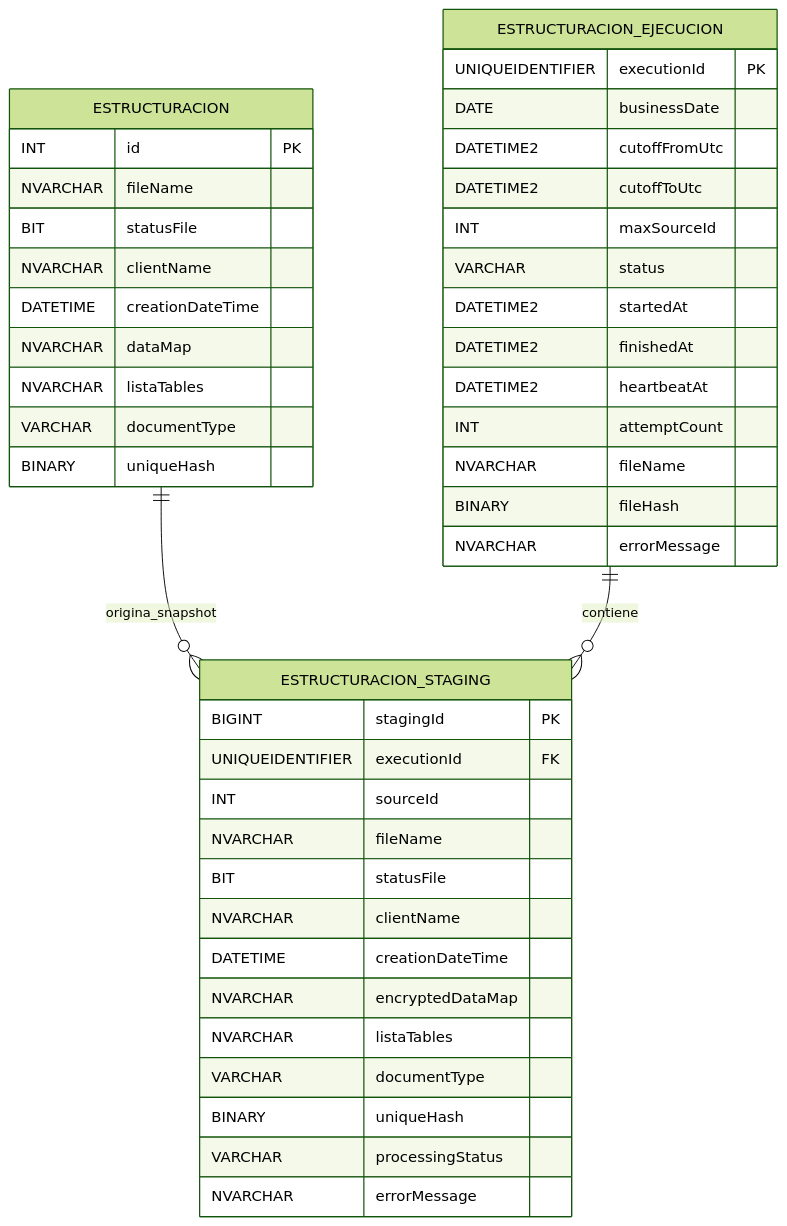
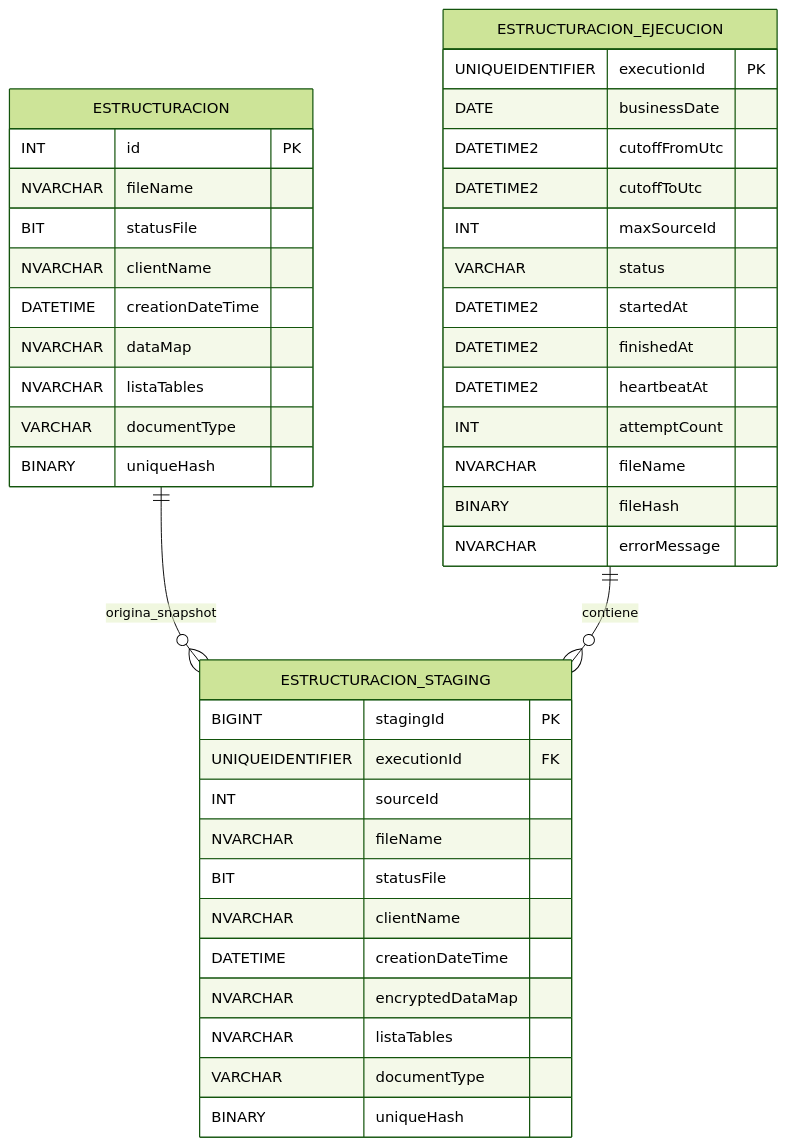
Before and after one commit to eme-dev/estructuracion-batch-function: the first of 5 diagrams in arquitectura-generacion-archivo-plano-revisada.md, drawn with Mermaid (forest theme). The commit also changed other lines of this file and 4 other files, not shown here.

Commit message:
Simplify staging schema

````diff
--- a/arquitectura-generacion-archivo-plano-revisada.md
+++ b/arquitectura-generacion-archivo-plano-revisada.md
@@ -405,49 +382,47 @@
 ```mermaid
 erDiagram
     ESTRUCTURACION ||--o{ ESTRUCTURACION_STAGING : origina_snapshot
     ESTRUCTURACION_EJECUCION ||--o{ ESTRUCTURACION_STAGING : contiene
 
     ESTRUCTURACION {
         INT id PK
         NVARCHAR fileName
         BIT statusFile
         NVARCHAR clientName
         DATETIME creationDateTime
         NVARCHAR dataMap
         NVARCHAR listaTables
         VARCHAR documentType
         BINARY uniqueHash
     }
 
     ESTRUCTURACION_EJECUCION {
         UNIQUEIDENTIFIER executionId PK
         DATE businessDate
         DATETIME2 cutoffFromUtc
         DATETIME2 cutoffToUtc
         INT maxSourceId
         VARCHAR status
         DATETIME2 startedAt
         DATETIME2 finishedAt
         DATETIME2 heartbeatAt
         INT attemptCount
         NVARCHAR fileName
         BINARY fileHash
         NVARCHAR errorMessage
     }
 
     ESTRUCTURACION_STAGING {
         BIGINT stagingId PK
         UNIQUEIDENTIFIER executionId FK
         INT sourceId
         NVARCHAR fileName
         BIT statusFile
         NVARCHAR clientName
         DATETIME creationDateTime
         NVARCHAR encryptedDataMap
         NVARCHAR listaTables
         VARCHAR documentType
         BINARY uniqueHash
-        VARCHAR processingStatus
-        NVARCHAR errorMessage
     }
 ```
````
